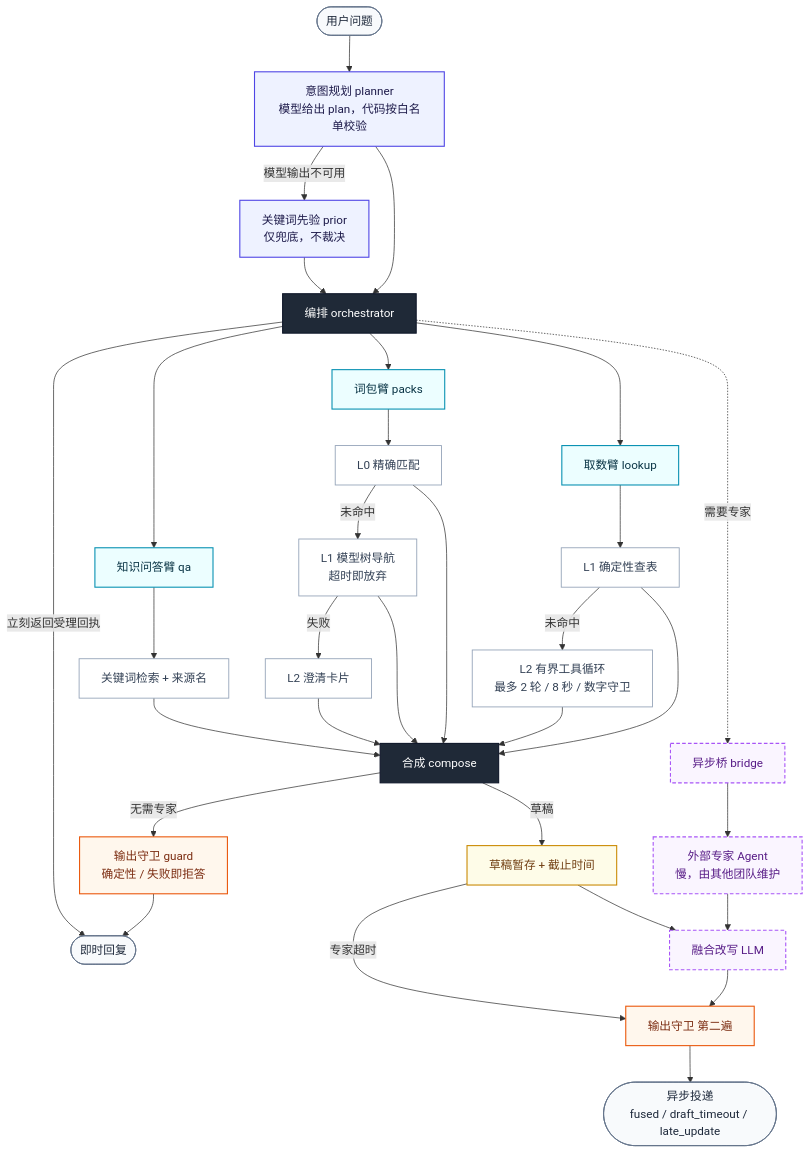
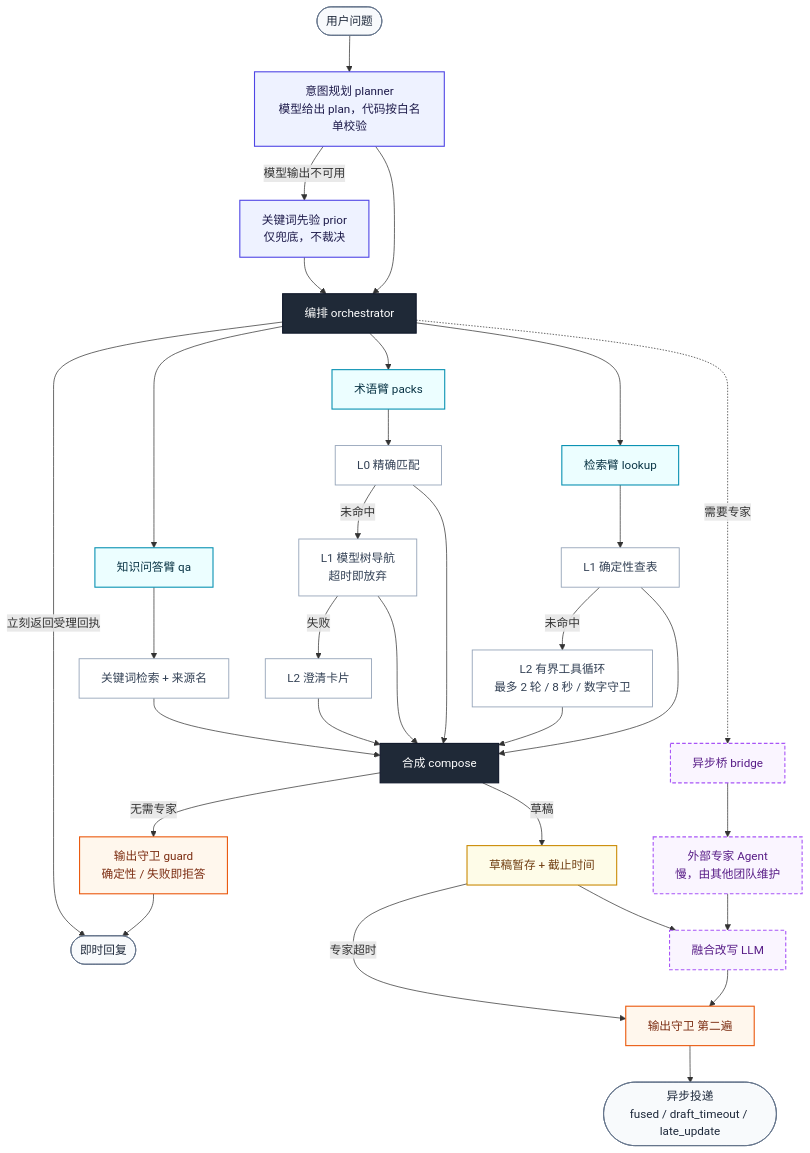
Before and after one commit to Losehope/agent-architecture-portfolio: the diagram in docs/architecture.md, drawn with Mermaid. The commit also changed 2 other files, not shown here.

Commit message:
Desensitize diagram arm names
- 取数臂 → 检索臂，词包臂 → 术语臂（同步 product.md 措辞）
- PNG 由 docs/architecture.md 源码重新导出，与 Mermaid 保持一致

````diff
--- a/docs/architecture.md
+++ b/docs/architecture.md
@@ -11,56 +11,56 @@
 ```mermaid
 flowchart TD
     U([用户问题]) --> P[意图规划 planner<br/>模型给出 plan，代码按白名单校验]
     P -->|模型输出不可用| K[关键词先验 prior<br/>仅兜底，不裁决]
     P --> O[编排 orchestrator]
     K --> O
 
-    O --> L[取数臂 lookup]
-    O --> W[词包臂 packs]
+    O --> L[检索臂 lookup]
+    O --> W[术语臂 packs]
     O --> Q[知识问答臂 qa]
     O -.需要专家.-> B[异步桥 bridge]
 
     L --> L1[L1 确定性查表]
     L1 -->|未命中| L2[L2 有界工具循环<br/>最多 2 轮 / 8 秒 / 数字守卫]
     W --> W0[L0 精确匹配]
     W0 -->|未命中| W1[L1 模型树导航<br/>超时即放弃]
     W1 -->|失败| W2[L2 澄清卡片]
     Q --> R[关键词检索 + 来源名]
 
     L1 --> C[合成 compose]
     L2 --> C
     W0 --> C
     W1 --> C
     W2 --> C
     R --> C
 
     C -->|无需专家| G[输出守卫 guard<br/>确定性 / 失败即拒答]
     G --> A([即时回复])
 
     C -->|草稿| H[草稿暂存 + 截止时间]
     B --> S[外部专家 Agent<br/>慢，由其他团队维护]
     O -->|立刻返回受理回执| A
     S --> F[融合改写 LLM]
     H --> F
     F --> G2[输出守卫 第二遍]
     H -->|专家超时| G2
     G2 --> D([异步投递<br/>fused / draft_timeout / late_update])
 
     classDef model fill:#eef2ff,stroke:#4f46e5,stroke-width:1.5px,color:#1e1b4b;
     classDef core  fill:#1f2937,stroke:#0f172a,stroke-width:1.5px,color:#ffffff;
     classDef arm   fill:#ecfeff,stroke:#0891b2,stroke-width:1.5px,color:#083344;
     classDef level fill:#ffffff,stroke:#94a3b8,stroke-width:1.2px,color:#334155;
     classDef guard fill:#fff7ed,stroke:#ea580c,stroke-width:1.5px,color:#7c2d12;
     classDef draft fill:#fefce8,stroke:#ca8a04,stroke-width:1.5px,color:#713f12;
     classDef ext   fill:#faf5ff,stroke:#a855f7,stroke-width:1.5px,stroke-dasharray:5 3,color:#581c87;
     classDef io    fill:#f8fafc,stroke:#64748b,stroke-width:1.2px,color:#1e293b;
 
     class U,A,D io;
     class P,K model;
     class O,C core;
     class L,W,Q arm;
     class L1,L2,W0,W1,W2,R level;
     class G,G2 guard;
     class H draft;
     class B,S,F ext;
 ```
````
